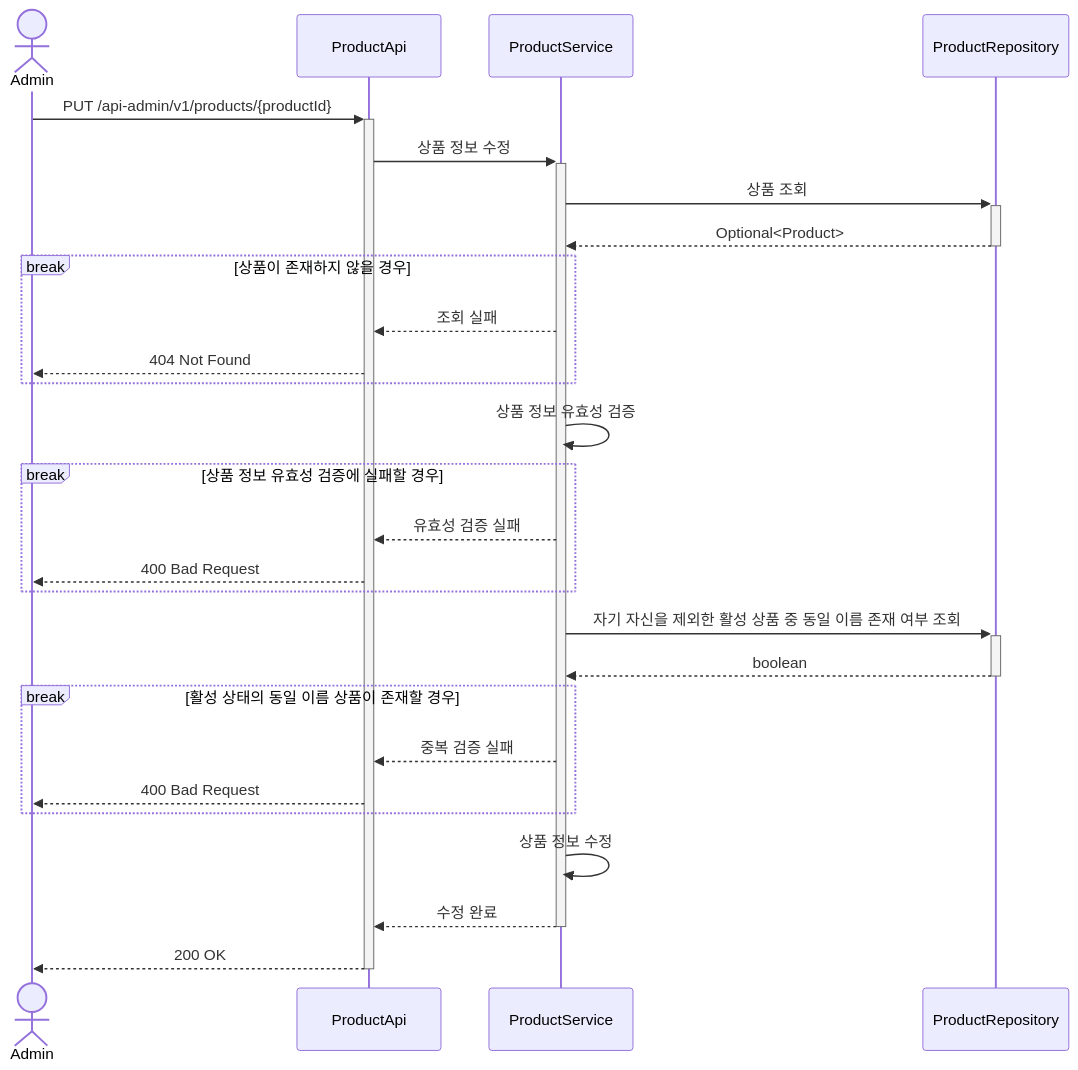
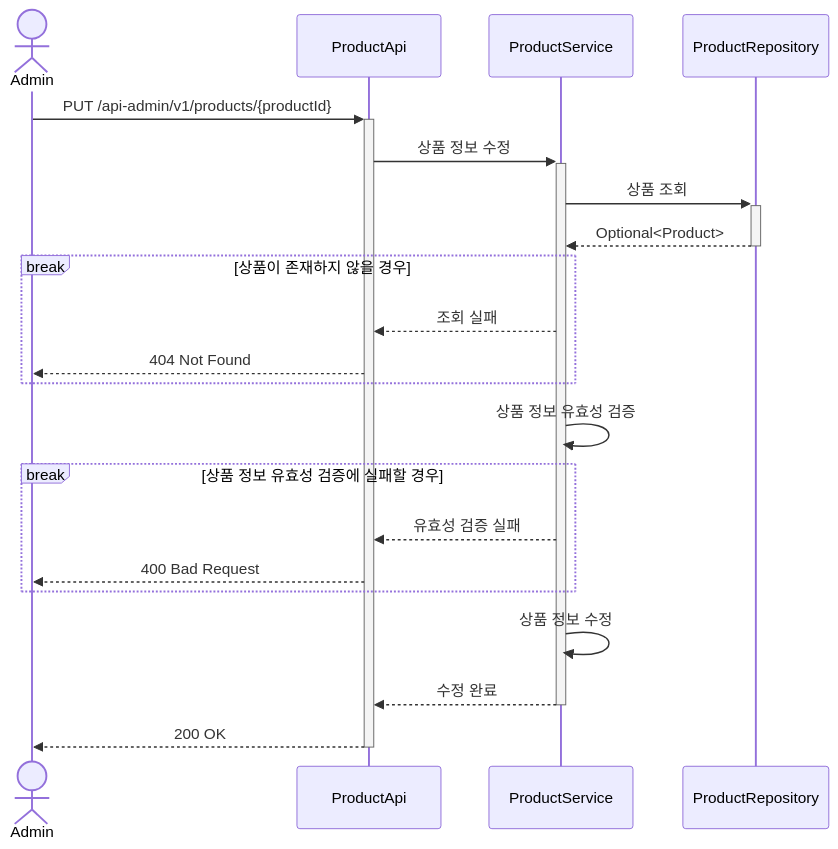
One commit to Loopers-dev-lab/loop-pack-be-l2-vol3-java changed diagram 12 of 23 in .docs/design/02-sequence-diagrams.md. Above: the diagram before and after it, drawn with Mermaid. The commit also changed other lines of this file and 27 other files, not shown here.

````diff
--- a/.docs/design/02-sequence-diagrams.md
+++ b/.docs/design/02-sequence-diagrams.md
@@ -398,36 +390,28 @@
 ```mermaid
 sequenceDiagram
     actor Admin
     participant ProductApi
     participant ProductService
     participant ProductRepository
 
     Admin ->>+ ProductApi: PUT /api-admin/v1/products/{productId}
     ProductApi ->>+ ProductService: 상품 정보 수정
     ProductService ->>+ ProductRepository: 상품 조회
     ProductRepository -->>- ProductService: Optional<Product>
 
     break 상품이 존재하지 않을 경우
         ProductService -->> ProductApi: 조회 실패
         ProductApi -->> Admin: 404 Not Found
     end
 
     ProductService ->> ProductService: 상품 정보 유효성 검증
 
     break 상품 정보 유효성 검증에 실패할 경우
         ProductService -->> ProductApi: 유효성 검증 실패
         ProductApi -->> Admin: 400 Bad Request
     end
 
-    ProductService ->>+ ProductRepository: 자기 자신을 제외한 활성 상품 중 동일 이름 존재 여부 조회
-    ProductRepository -->>- ProductService: boolean
-
-    break 활성 상태의 동일 이름 상품이 존재할 경우
-        ProductService -->> ProductApi: 중복 검증 실패
-        ProductApi -->> Admin: 400 Bad Request
-    end
-
     ProductService ->> ProductService: 상품 정보 수정
     ProductService -->>- ProductApi: 수정 완료
     ProductApi -->>- Admin: 200 OK
 ```
````
